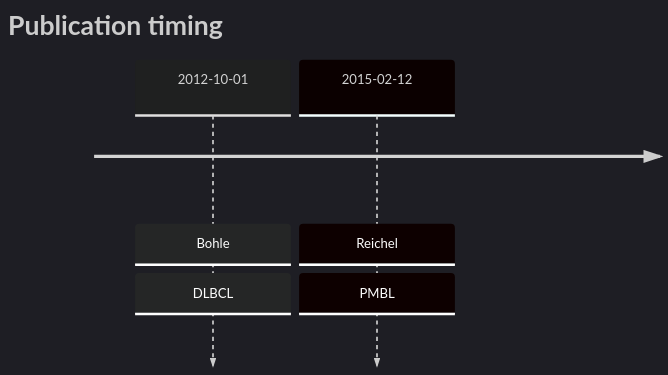
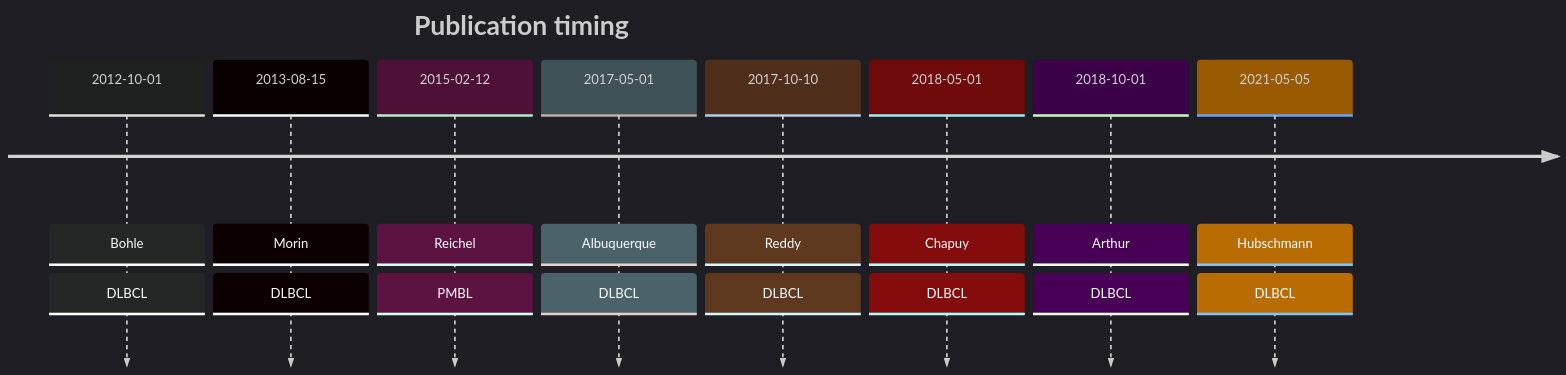
One commit to morinlab/lymphopedia changed the diagram in EBF1.md. Above: the diagram before and after it, drawn with Mermaid.

````diff
--- a/EBF1.md
+++ b/EBF1.md
@@ -14,7 +14,13 @@
 ```mermaid
 %%{init: { 'logLevel': 'debug', 'theme': 'dark' } }%%
 timeline
     title Publication timing
-      2012-10-01 : Bohle : DLBCL
-      2015-02-12 : Reichel : PMBL
+2012-10-01 : Bohle : DLBCL
+2013-08-15 : Morin : DLBCL
+2015-02-12 : Reichel : PMBL
+2017-05-01 : Albuquerque : DLBCL
+2017-10-10 : Reddy : DLBCL
+2018-05-01 : Chapuy : DLBCL
+2018-10-01 : Arthur : DLBCL
+2021-05-05 : Hubschmann : DLBCL
 ```
````
